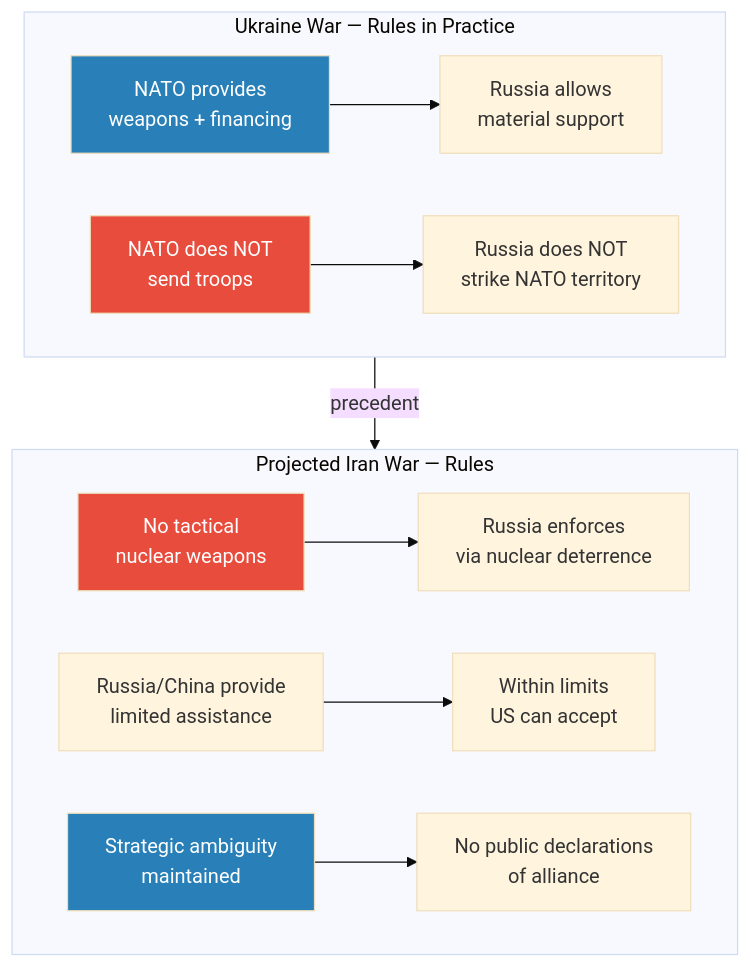
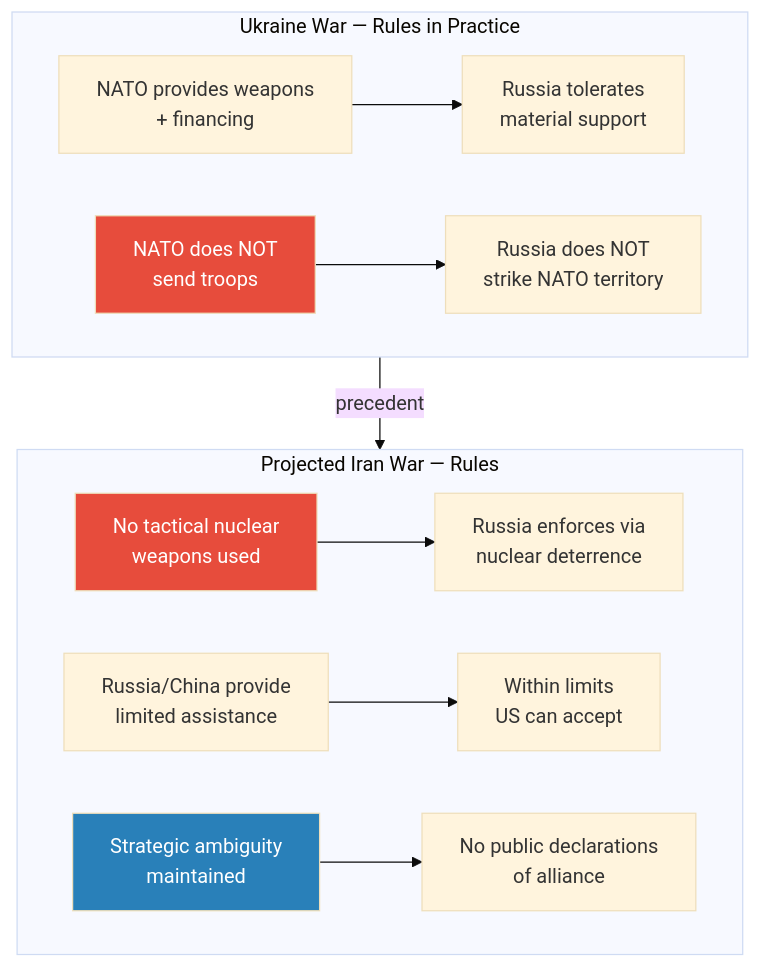
The fifth of 7 diagrams in summaries/Lectures/Geo-Strategy/01 - Iran's Strategy Matrix.md (alius33/reader), drawn with Mermaid (base theme) before and after one commit. The commit also changed other lines of this file and 26 other files, not shown here.

````diff
--- a/summaries/Lectures/Geo-Strategy/01 - Iran's Strategy Matrix.md
+++ b/summaries/Lectures/Geo-Strategy/01 - Iran's Strategy Matrix.md
@@ -682,17 +294,16 @@
 ```mermaid
 flowchart TB
     subgraph UKR["Ukraine War — Rules in Practice"]
-        U1["NATO provides<br/>weapons + financing"] --> U2["Russia allows<br/>material support"]
+        U1["NATO provides weapons<br/>+ financing"] --> U2["Russia tolerates<br/>material support"]
         U3["NATO does NOT<br/>send troops"] --> U4["Russia does NOT<br/>strike NATO territory"]
     end
     subgraph IRAN["Projected Iran War — Rules"]
-        I1["No tactical<br/>nuclear weapons"] --> I2["Russia enforces<br/>via nuclear deterrence"]
+        I1["No tactical nuclear<br/>weapons used"] --> I2["Russia enforces via<br/>nuclear deterrence"]
         I3["Russia/China provide<br/>limited assistance"] --> I4["Within limits<br/>US can accept"]
         I5["Strategic ambiguity<br/>maintained"] --> I6["No public declarations<br/>of alliance"]
     end
     UKR -->|"precedent"| IRAN
-    style U1 fill:#2980b9,color:#fff
     style U3 fill:#e74c3c,color:#fff
     style I1 fill:#e74c3c,color:#fff
     style I5 fill:#2980b9,color:#fff
 ```
````
